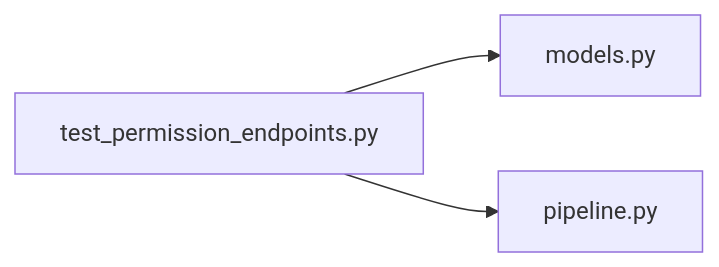
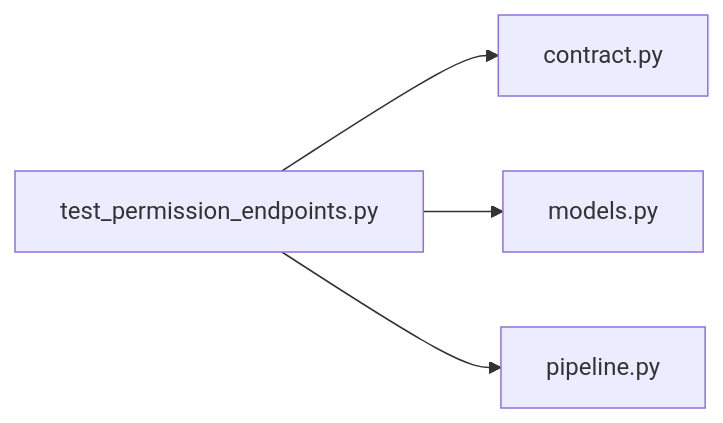
Before and after one commit to minkong-dev/Banblit: the diagram in .cluedoc/graph/backend/tests/integration/db/test_permission_endpoints.md, drawn with Mermaid. The commit also changed other lines of this file and 48 other files, not shown here.

First line of the commit message:
backend: split file storage into its own module and keep shared literals in contract

````diff
--- a/.cluedoc/graph/backend/tests/integration/db/test_permission_endpoints.md
+++ b/.cluedoc/graph/backend/tests/integration/db/test_permission_endpoints.md
@@ -10,6 +10,7 @@
 ```mermaid
 flowchart LR
   backend_tests_integration_db_test_permission_endpoints["test_permission_endpoints.py"]
+  backend_tests_integration_db_test_permission_endpoints --> backend_src_backend_contract["contract.py"]
   backend_tests_integration_db_test_permission_endpoints --> backend_src_backend_db_models["models.py"]
   backend_tests_integration_db_test_permission_endpoints --> backend_src_backend_services_permission_pipeline["pipeline.py"]
 ```
````
